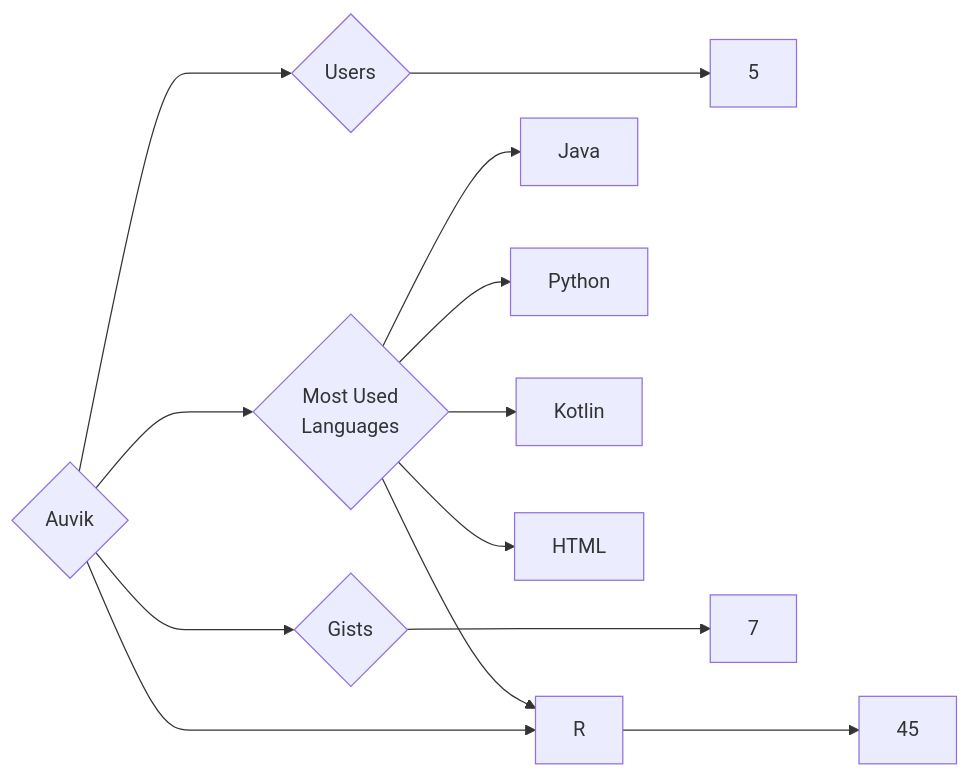
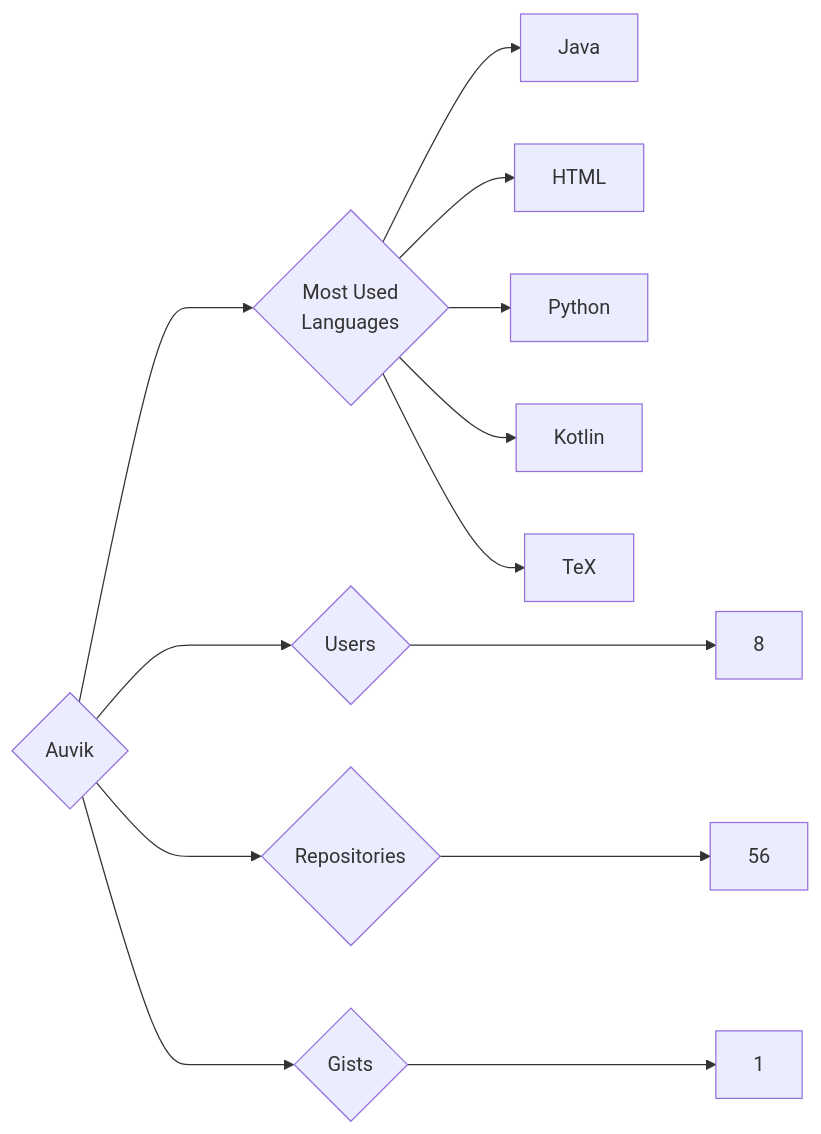
One commit to trickest/insiders changed the diagram in targets/Auvik/README.md. Above: the diagram before and after it, drawn with Mermaid. The commit also changed 870 other files, not shown here.

````diff
--- a/targets/Auvik/README.md
+++ b/targets/Auvik/README.md
@@ -3,13 +3,13 @@
 ```mermaid
 graph LR
 COMPANY_NAME{Auvik}
-COMPANY_NAME ---> U{Users} ---> UN[5]
-COMPANY_NAME ---> R{Repositories} ---> RN[45]
-COMPANY_NAME ---> G{Gists} ---> GN[7]
+COMPANY_NAME ---> U{Users} ---> UN[8]
+COMPANY_NAME ---> R{Repositories} ---> RN[56]
+COMPANY_NAME ---> G{Gists} ---> GN[1]
 COMPANY_NAME ---> ML{Most Used<br>Languages}
 ML --> Java[Java]
+ML --> HTML[HTML]
 ML --> Python[Python]
 ML --> Kotlin[Kotlin]
-ML --> HTML[HTML]
-ML --> R[R]
+ML --> TeX[TeX]
 ```
````
